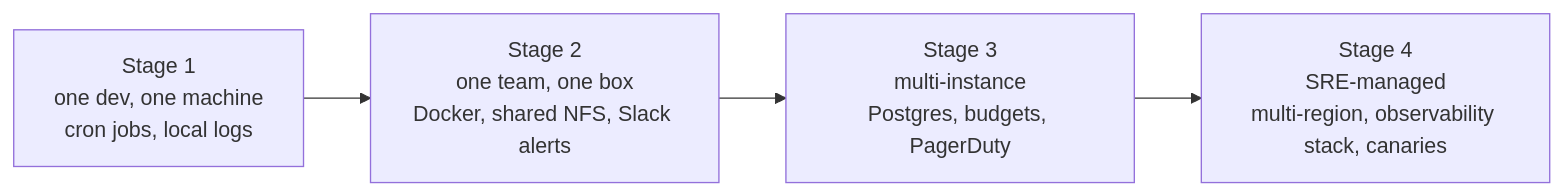
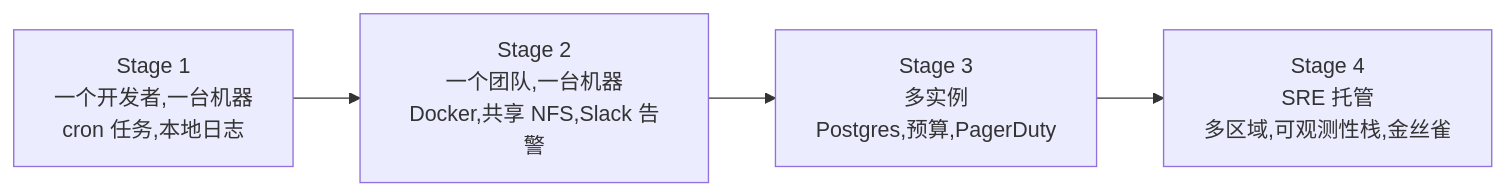
The second of 2 diagrams in course-zh/19-ops-and-forward-deployed.md (ocxers/agentic-ai-system-course-zh), drawn with Mermaid before and after one commit. The commit also changed other lines of this file and 14 other files, not shown here.

````diff
--- a/course-zh/19-ops-and-forward-deployed.md
+++ b/course-zh/19-ops-and-forward-deployed.md
@@ -165,6 +165,6 @@
 ```mermaid
 flowchart LR
-    S1["Stage 1<br/>one dev, one machine<br/>cron jobs, local logs"] --> S2["Stage 2<br/>one team, one box<br/>Docker, shared NFS, Slack alerts"]
-    S2 --> S3["Stage 3<br/>multi-instance<br/>Postgres, budgets, PagerDuty"]
-    S3 --> S4["Stage 4<br/>SRE-managed<br/>multi-region, observability stack, canaries"]
+    S1["Stage 1<br/>一个开发者,一台机器<br/>cron 任务,本地日志"] --> S2["Stage 2<br/>一个团队,一台机器<br/>Docker,共享 NFS,Slack 告警"]
+    S2 --> S3["Stage 3<br/>多实例<br/>Postgres,预算,PagerDuty"]
+    S3 --> S4["Stage 4<br/>SRE 托管<br/>多区域,可观测性栈,金丝雀"]
 ```
````
